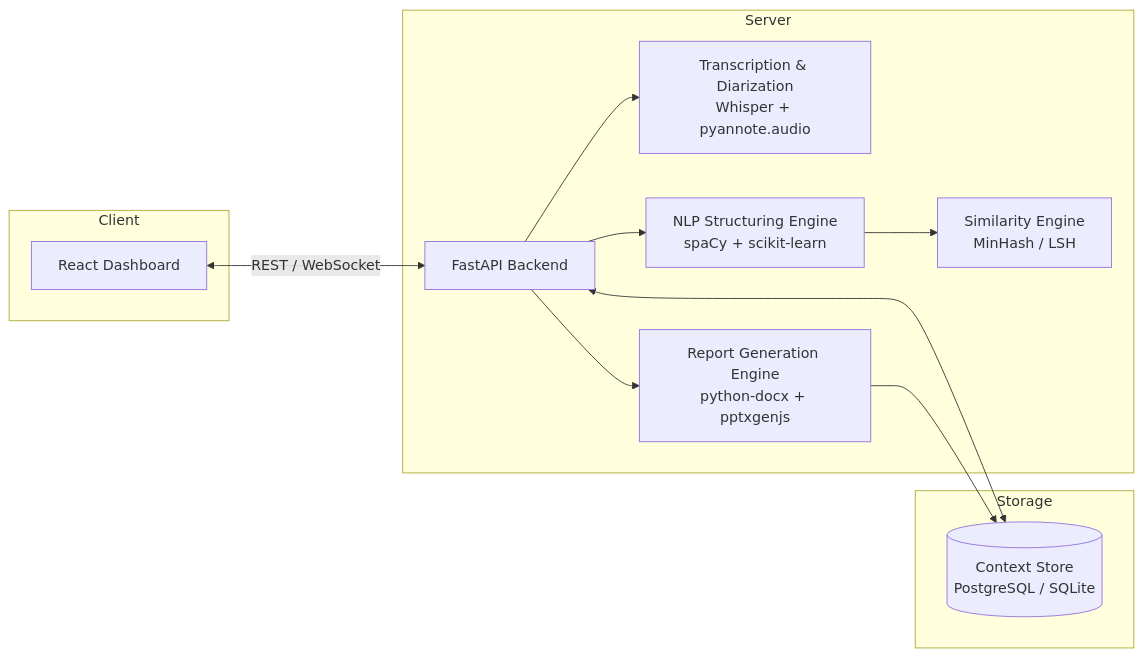
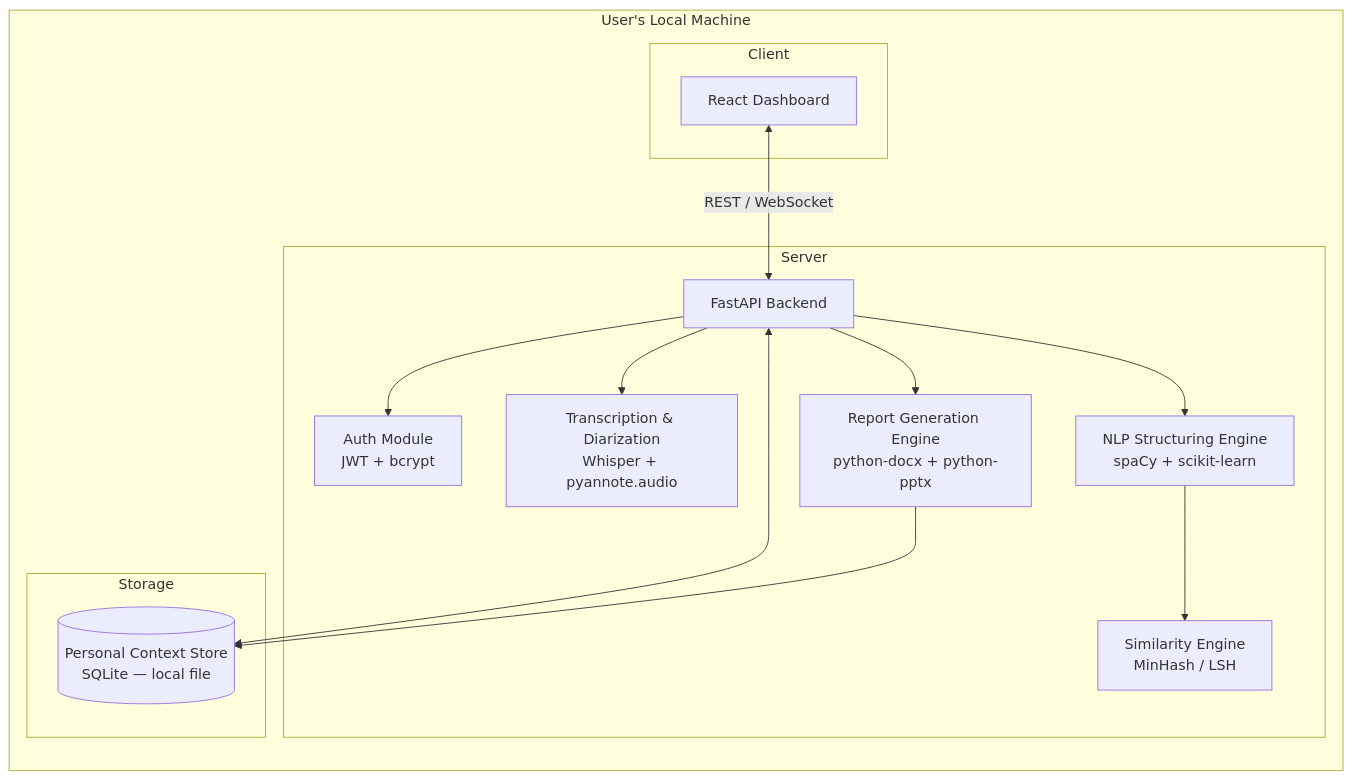
One commit to Karansinh22/CMIS changed the fifth of 8 diagrams in docs/CMIS_UML_Diagrams.md. Above: the diagram before and after it, drawn with Mermaid. The commit also changed other lines of this file and 9 other files, not shown here.

````diff
--- a/docs/CMIS_UML_Diagrams.md
+++ b/docs/CMIS_UML_Diagrams.md
@@ -180,26 +190,30 @@
 ```mermaid
 graph LR
-    subgraph Client
-        FE[React Dashboard]
-    end
+    subgraph UserDevice["User's Local Machine"]
+        subgraph Client
+            FE[React Dashboard]
+        end
 
-    subgraph Server
-        API[FastAPI Backend]
-        ASR[Transcription & Diarization\nWhisper + pyannote.audio]
-        NLP[NLP Structuring Engine\nspaCy + scikit-learn]
-        LSH[Similarity Engine\nMinHash / LSH]
-        GEN[Report Generation Engine\npython-docx + pptxgenjs]
-    end
+        subgraph Server
+            API[FastAPI Backend]
+            AUTH[Auth Module\nJWT + bcrypt]
+            ASR[Transcription & Diarization\nWhisper + pyannote.audio]
+            NLP[NLP Structuring Engine\nspaCy + scikit-learn]
+            LSH[Similarity Engine\nMinHash / LSH]
+            GEN[Report Generation Engine\npython-docx + python-pptx]
+        end
 
-    subgraph Storage
-        DB[(Context Store\nPostgreSQL / SQLite)]
+        subgraph Storage
+            DB[(Personal Context Store\nSQLite — local file)]
+        end
     end
 
     FE <-->|REST / WebSocket| API
+    API --> AUTH
     API --> ASR
     API --> NLP
     NLP --> LSH
     API --> GEN
     API <--> DB
     GEN --> DB
 ```
````
